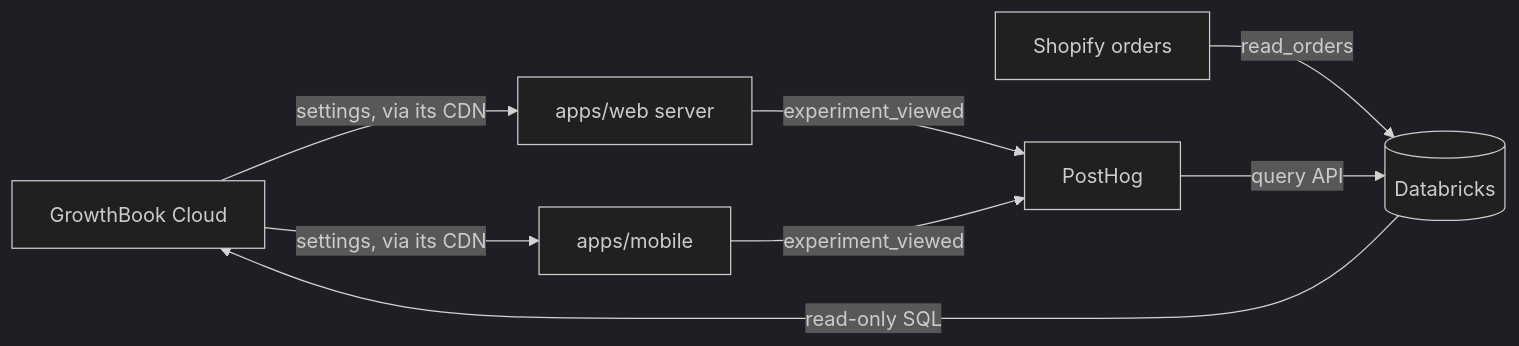
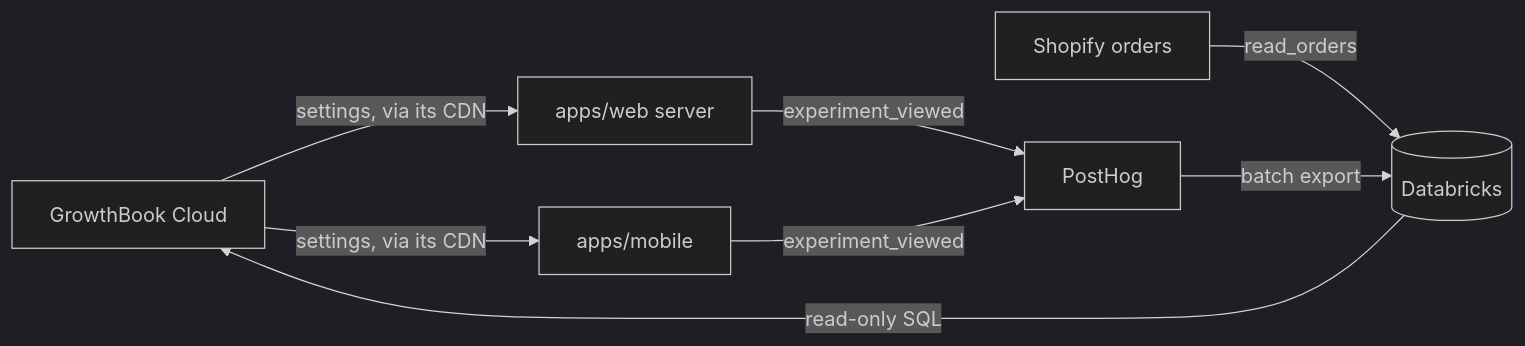
Before and after one commit to tben140/formulate: the diagram in docs/integration-growthbook.md, drawn with Mermaid (dark theme). The commit also changed other lines of this file and 6 other files, not shown here.

First line of the commit message:
feat(warehouse): load PostHog events from its Databricks batch export

````diff
--- a/docs/integration-growthbook.md
+++ b/docs/integration-growthbook.md
@@ -9,10 +9,10 @@
 ```mermaid
 flowchart LR
   GB[GrowthBook Cloud] -- settings, via its CDN --> Web[apps/web server]
   GB -- settings, via its CDN --> App[apps/mobile]
   Web -- experiment_viewed --> PH[PostHog]
   App -- experiment_viewed --> PH
   Shop[Shopify orders] -- read_orders --> DBX[(Databricks)]
-  PH -- query API --> DBX
+  PH -- batch export --> DBX
   DBX -- read-only SQL --> GB
 ```
````
